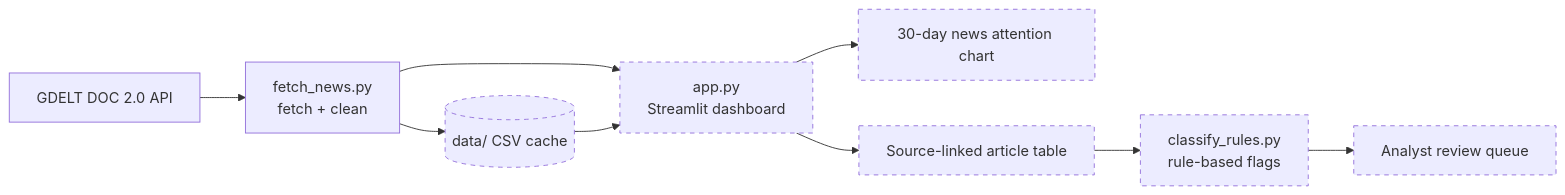
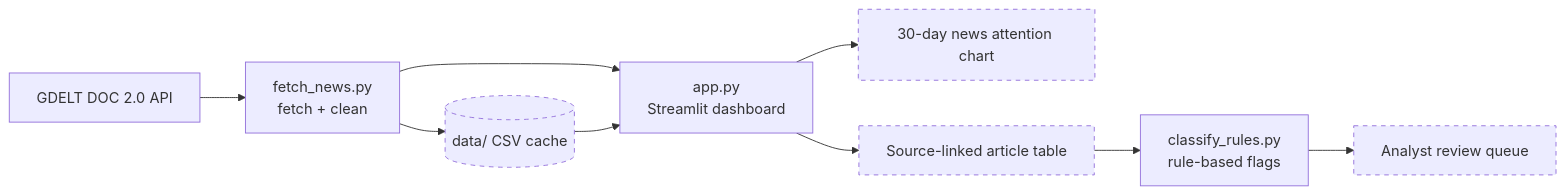
The diagram in README.md (uhbreadking/ChipWatch-AI), drawn with Mermaid before and after one commit. The commit also changed other lines of this file and 1 other file, not shown here.

````diff
--- a/README.md
+++ b/README.md
@@ -48,14 +47,14 @@
 ```mermaid
 flowchart LR
     A[GDELT DOC 2.0 API] --> B[fetch_news.py<br/>fetch + clean]
     B --> C[(data/ CSV cache)]
     B --> D[app.py<br/>Streamlit dashboard]
     C --> D
     D --> E[30-day news attention chart]
     D --> F[Source-linked article table]
     F --> G[classify_rules.py<br/>rule-based flags]
     G --> H[Analyst review queue]
 
     classDef planned stroke-dasharray: 5 5
-    class C,D,E,F,G,H planned
+    class C,E,F,H planned
 ```
````
